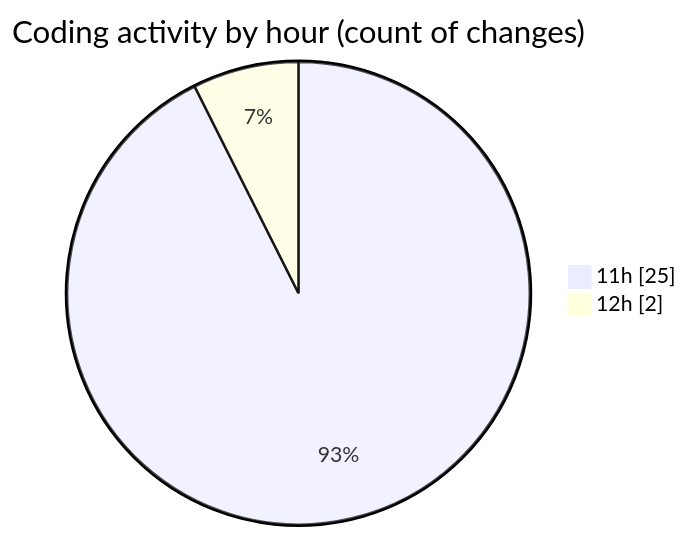
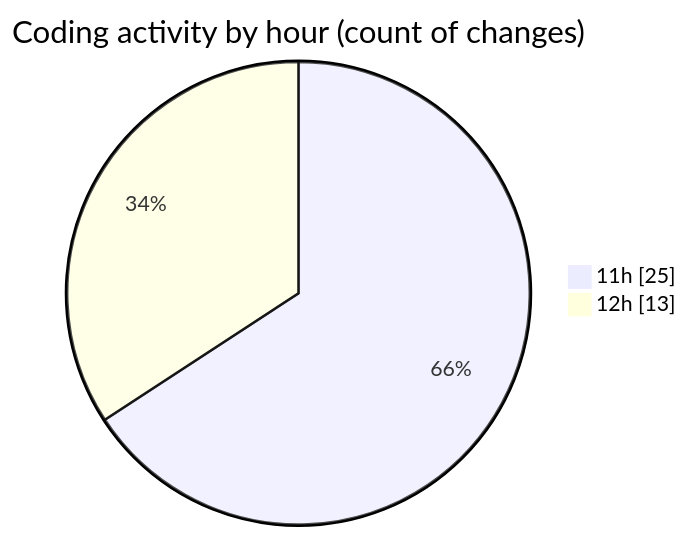
The second of 2 diagrams in 2025-04-12/myws__workspace_/README.md (MatusMokan/code-tracking), drawn with Mermaid before and after one commit. The commit also changed other lines of this file and 1 other file, not shown here.

````diff
--- a/2025-04-12/myws__workspace_/README.md
+++ b/2025-04-12/myws__workspace_/README.md
@@ -30,6 +30,6 @@
 ```mermaid
 pie showData
 title Coding activity by hour (count of changes)
 "11h" : 25
-"12h" : 2
+"12h" : 13
 ```
````
